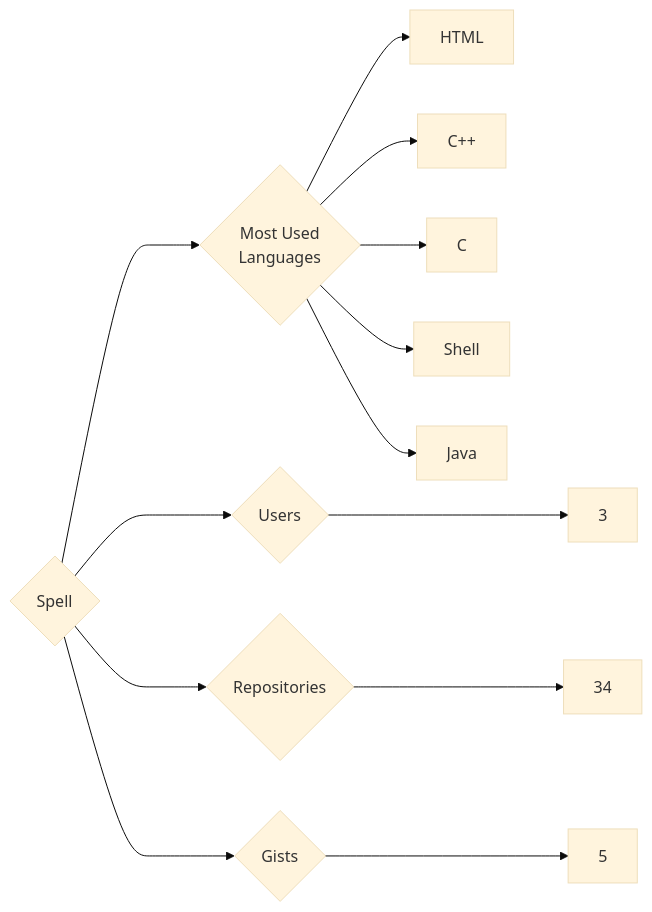
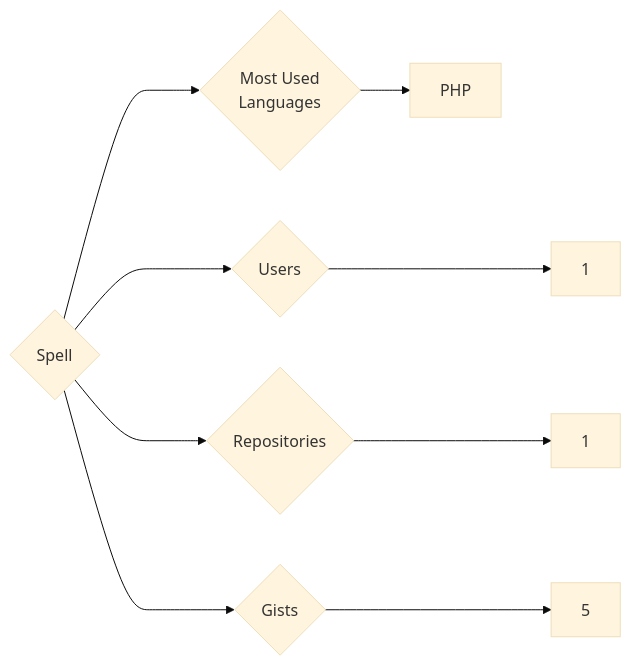
The diagram in targets/Spell/README.md (trickest/insiders), drawn with Mermaid (base theme) before and after one commit. The commit also changed 976 other files, not shown here.

````diff
--- a/targets/Spell/README.md
+++ b/targets/Spell/README.md
@@ -3,13 +3,9 @@
 ```mermaid
 graph LR
 COMPANY_NAME{Spell}
-COMPANY_NAME ---> U{Users} ---> UN[3]
-COMPANY_NAME ---> R{Repositories} ---> RN[34]
+COMPANY_NAME ---> U{Users} ---> UN[1]
+COMPANY_NAME ---> R{Repositories} ---> RN[1]
 COMPANY_NAME ---> G{Gists} ---> GN[5]
 COMPANY_NAME ---> ML{Most Used<br>Languages}
-ML --> HTML[HTML]
-ML --> C++[C++]
-ML --> C[C]
-ML --> Shell[Shell]
-ML --> Java[Java]
+ML --> PHP[PHP]
 ```
````
